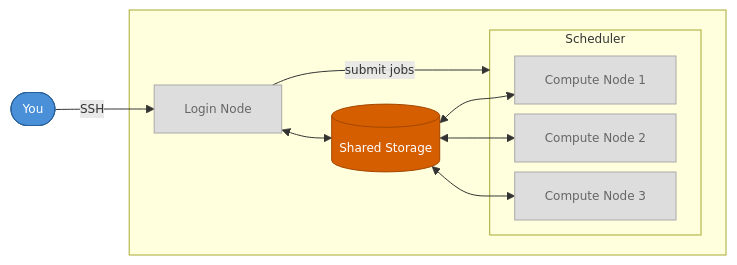
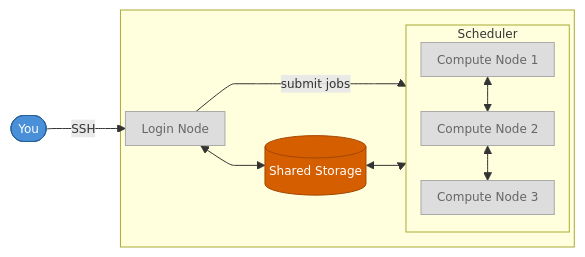
Before and after one commit to OxfordRSE/training-slides-core: the fifth of 6 diagrams in common/courses/hpc/main.md, drawn with Mermaid. The commit also changed other lines of this file, not shown here.

Commit message:
Redraw HPC components diagram with network between nodes

````diff
--- a/common/courses/hpc/main.md
+++ b/common/courses/hpc/main.md
@@ -223,28 +240,32 @@
 ```mermaid
 ---
 config:
   flowchart:
     nodeSpacing: 10
+    rankSpacing: 10
+    padding: 8
   themeVariables:
     fontSize: 12px
 ---
 flowchart LR
-    You([You]):::local -- SSH --> Login[Login Node]:::dim
+    You([You]):::local -- SSH ------> Login[Login Node]:::dim
 
     subgraph Cluster[" "]
-        Login <--> Storage[(Shared  Storage)]:::hl
+        Login <-----> Storage[(Shared  Storage)]:::hl
         Login -->|submit jobs| Sched
 
         subgraph Sched[Scheduler]
+            direction TB
             C1[Compute Node 1]:::dim
             C2[Compute Node 2]:::dim
             C3[Compute Node 3]:::dim
+            C1 <--> C2 <--> C3
         end
 
-        Storage <--> C1 & C2 & C3
+        Storage <-----> Sched
     end
 
     classDef local fill:#4a90d9,stroke:#2a6099,color:#fff
     classDef dim fill:#ddd,stroke:#aaa,color:#666
     classDef hl fill:#d55e00,stroke:#a34700,color:#fff
 ```
````
